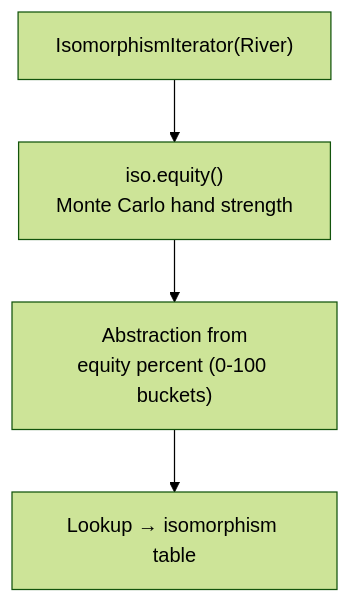
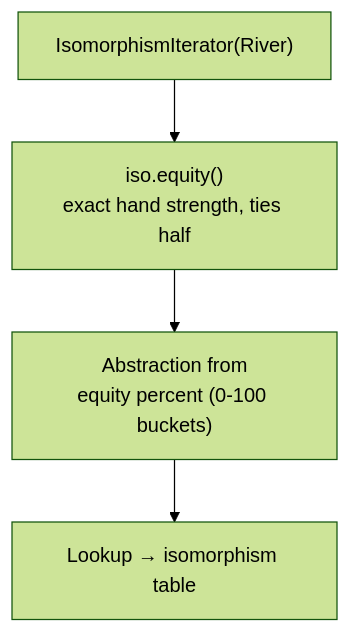
The third of 9 diagrams in crates/forge/README.md (krukah/robopoker), drawn with Mermaid (forest theme) before and after one commit. The commit also changed 831 other files, not shown here.

````diff
--- a/crates/forge/README.md
+++ b/crates/forge/README.md
@@ -74,6 +74,6 @@
 ```mermaid
 flowchart TD
-  I["IsomorphismIterator(River)"] --> E["iso.equity()<br/>Monte Carlo hand strength"]
+  I["IsomorphismIterator(River)"] --> E["iso.equity()<br/>exact hand strength, ties half"]
   E --> A["Abstraction from<br/>equity percent (0-100 buckets)"]
   A --> L["Lookup → isomorphism table"]
 ```
````
